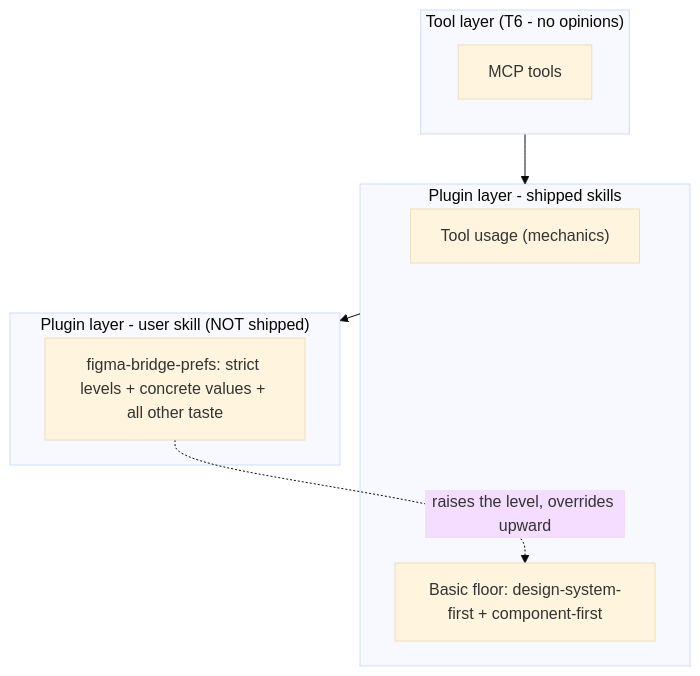
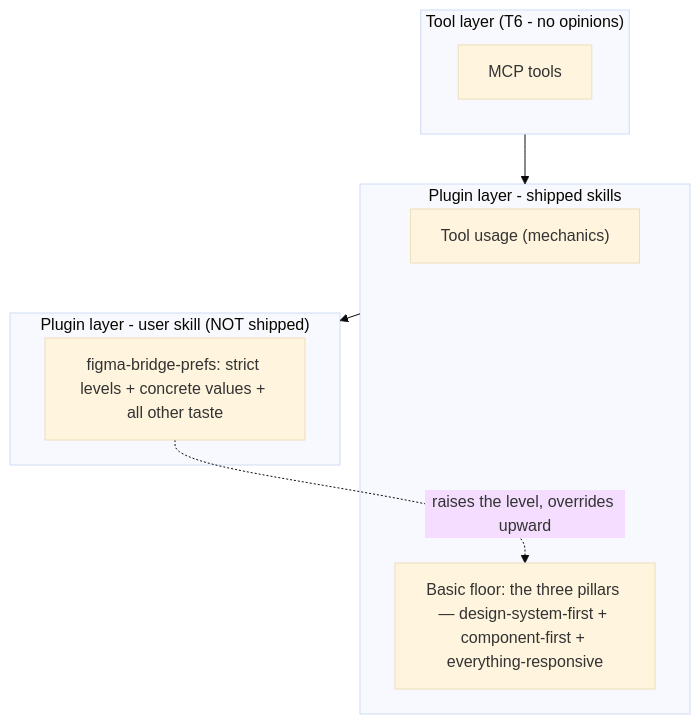
One commit to yleilu/figma-agent-bridge changed the diagram in docs/specs/customization.md. Above: the diagram before and after it, drawn with Mermaid (base theme). The commit also changed other lines of this file and 3 other files, not shown here.

````diff
--- a/docs/specs/customization.md
+++ b/docs/specs/customization.md
@@ -53,16 +53,16 @@
 ```mermaid
 flowchart TB
     subgraph Tools["Tool layer (T6 - no opinions)"]
         T["MCP tools"]
     end
     subgraph Shipped["Plugin layer - shipped skills"]
         U["Tool usage (mechanics)"]
-        B["Basic floor: design-system-first + component-first"]
+        B["Basic floor: the three pillars — design-system-first + component-first + everything-responsive"]
     end
     subgraph UserSkill["Plugin layer - user skill (NOT shipped)"]
         P["figma-bridge-prefs: strict levels + concrete values + all other taste"]
     end
     Tools --> Shipped
     Shipped --> UserSkill
     P -. raises the level, overrides upward .-> B
 ```
````
